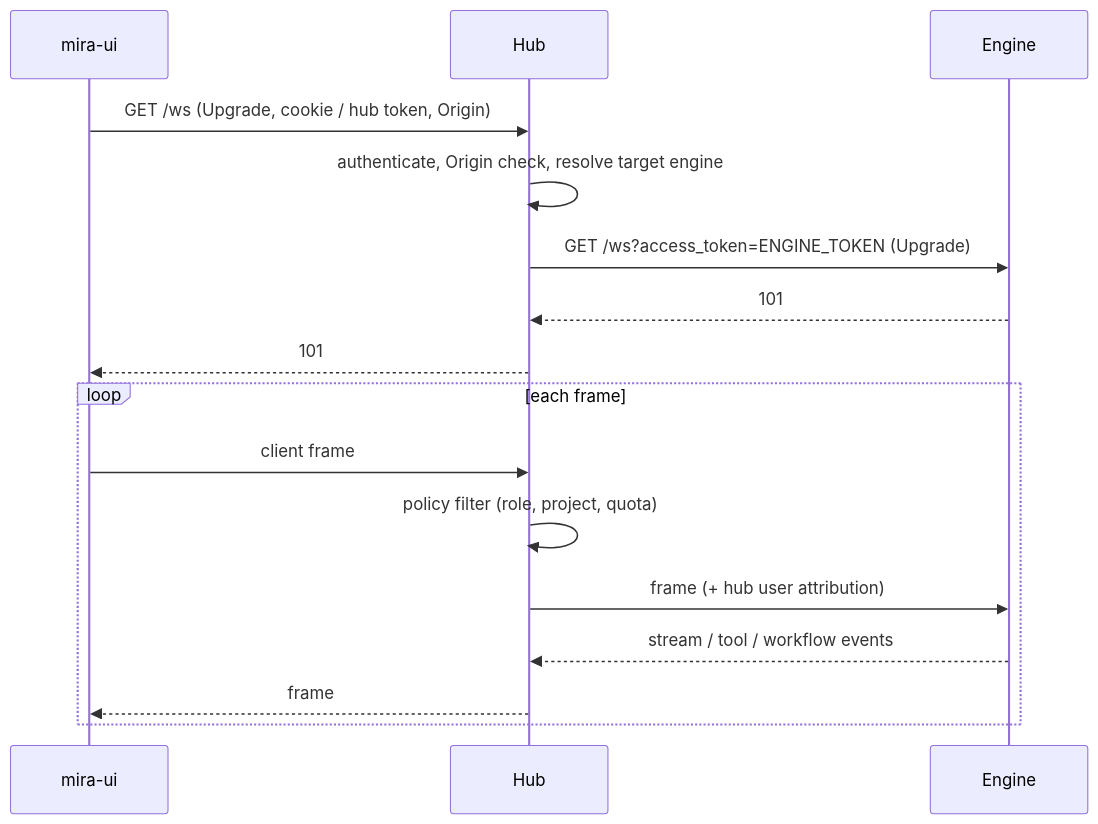
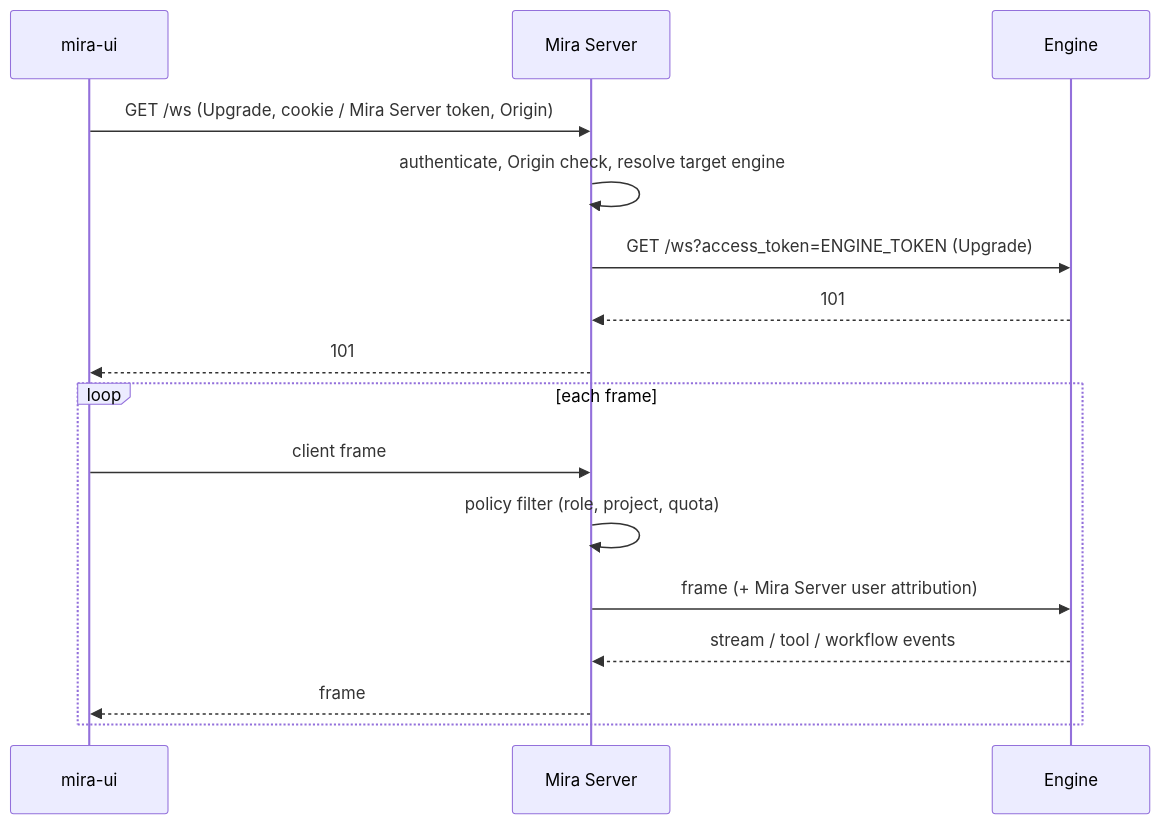
One commit to MIRA-Intelligence/mira changed the fourth of 5 diagrams in docs/server-edition/architecture.md. Above: the diagram before and after it, drawn with Mermaid. The commit also changed other lines of this file and 1 other file, not shown here.

First line of the commit message:
docs(server): rename the multi-user component to Mira Server and deprecate direct remote engines

````diff
--- a/docs/server-edition/architecture.md
+++ b/docs/server-edition/architecture.md
@@ -256,18 +281,18 @@
 ```mermaid
 sequenceDiagram
   participant U as mira-ui
-  participant H as Hub
+  participant H as Mira Server
   participant E as Engine
-  U->>H: GET /ws (Upgrade, cookie / hub token, Origin)
+  U->>H: GET /ws (Upgrade, cookie / Mira Server token, Origin)
   H->>H: authenticate, Origin check, resolve target engine
   H->>E: GET /ws?access_token=ENGINE_TOKEN (Upgrade)
   E-->>H: 101
   H-->>U: 101
   loop each frame
     U->>H: client frame
     H->>H: policy filter (role, project, quota)
-    H->>E: frame (+ hub user attribution)
+    H->>E: frame (+ Mira Server user attribution)
     E-->>H: stream / tool / workflow events
     H-->>U: frame
   end
 ```
````
